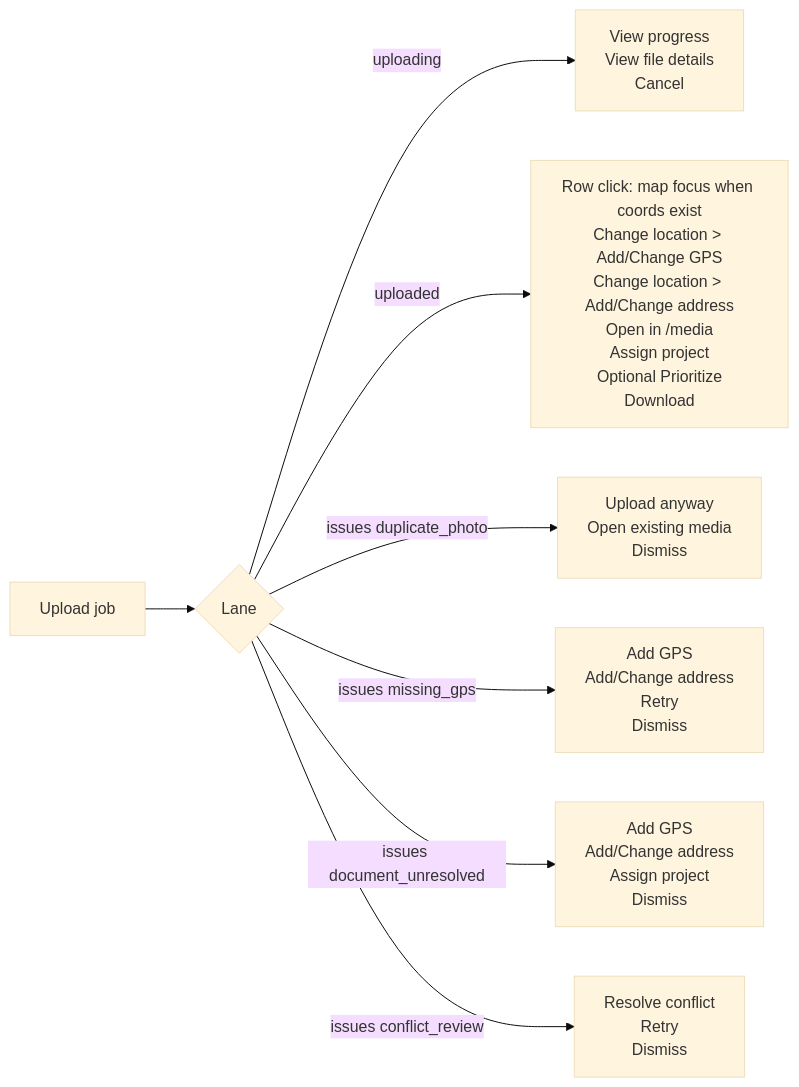
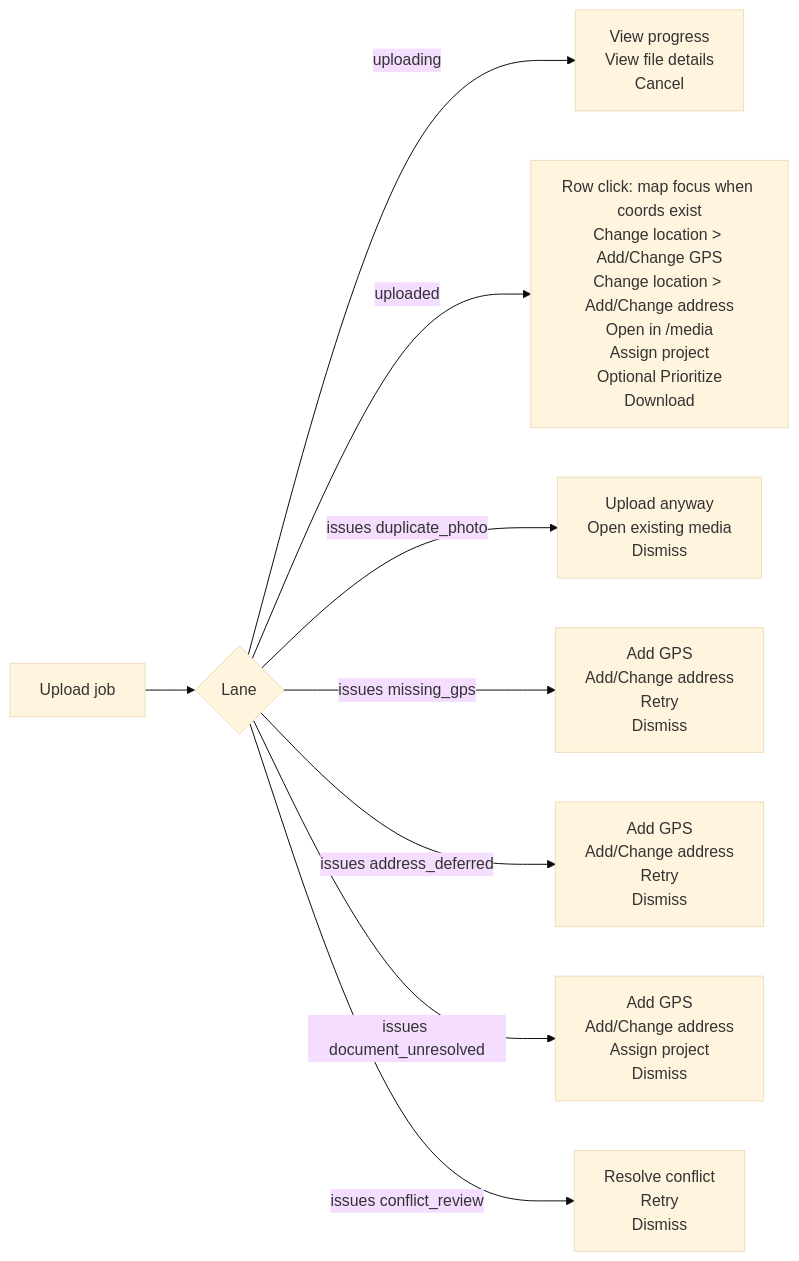
The second of 4 diagrams in docs/specs/component/upload/upload-panel.lane-and-row-actions.md (matkleve/feldpost), drawn with Mermaid (base theme) before and after one commit. The commit also changed other lines of this file and 4 other files, not shown here.

````diff
--- a/docs/specs/component/upload/upload-panel.lane-and-row-actions.md
+++ b/docs/specs/component/upload/upload-panel.lane-and-row-actions.md
@@ -42,10 +42,11 @@
 ```mermaid
 flowchart LR
   A[Upload job] --> B{Lane}
   B -->|uploading| C[View progress<br/>View file details<br/>Cancel]
   B -->|uploaded| D[Row click: map focus when coords exist<br/>Change location > Add/Change GPS<br/>Change location > Add/Change address<br/>Open in /media<br/>Assign project<br/>Optional Prioritize<br/>Download]
   B -->|issues duplicate_photo| E[Upload anyway<br/>Open existing media<br/>Dismiss]
   B -->|issues missing_gps| F[Add GPS<br/>Add/Change address<br/>Retry<br/>Dismiss]
+  B -->|issues address_deferred| I[Add GPS<br/>Add/Change address<br/>Retry<br/>Dismiss]
   B -->|issues document_unresolved| H[Add GPS<br/>Add/Change address<br/>Assign project<br/>Dismiss]
   B -->|issues conflict_review| G[Resolve conflict<br/>Retry<br/>Dismiss]
 ```
````
